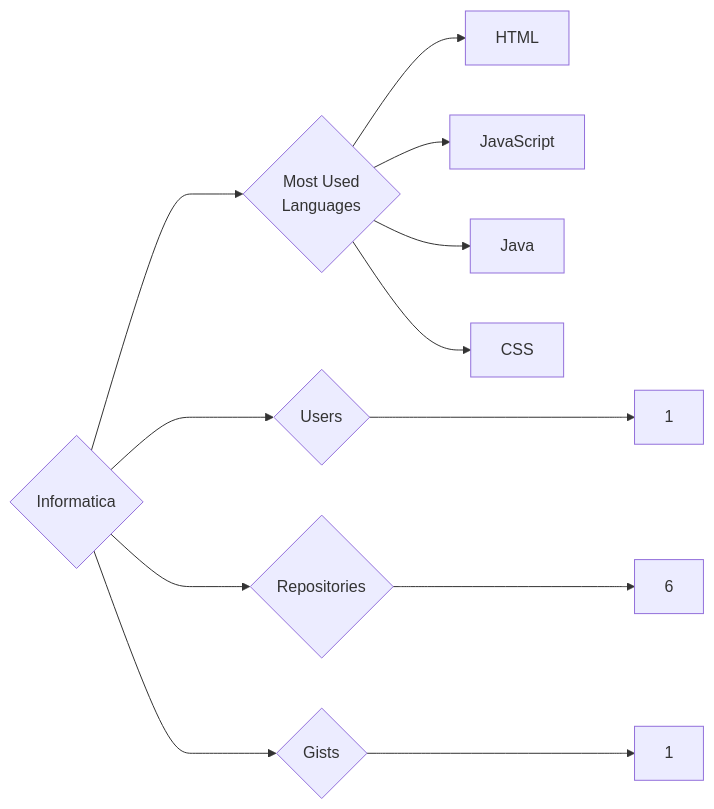
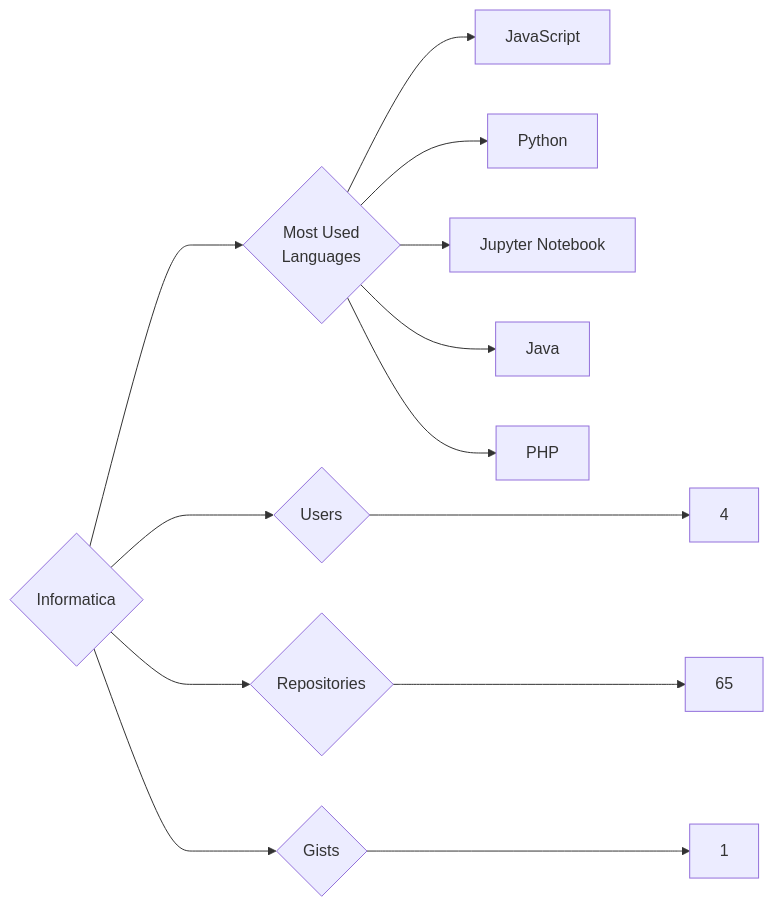
One commit to trickest/insiders changed the diagram in targets/Informatica/README.md. Above: the diagram before and after it, drawn with Mermaid. The commit also changed 745 other files, not shown here.

````diff
--- a/targets/Informatica/README.md
+++ b/targets/Informatica/README.md
@@ -3,12 +3,13 @@
 ```mermaid
 graph LR
 COMPANY_NAME{Informatica}
-COMPANY_NAME ---> U{Users} ---> UN[1]
-COMPANY_NAME ---> R{Repositories} ---> RN[6]
+COMPANY_NAME ---> U{Users} ---> UN[4]
+COMPANY_NAME ---> R{Repositories} ---> RN[65]
 COMPANY_NAME ---> G{Gists} ---> GN[1]
 COMPANY_NAME ---> ML{Most Used<br>Languages}
-ML --> HTML[HTML]
 ML --> JavaScript[JavaScript]
+ML --> Python[Python]
+ML --> Jupyter_Notebook[Jupyter Notebook]
 ML --> Java[Java]
-ML --> CSS[CSS]
+ML --> PHP[PHP]
 ```
````
